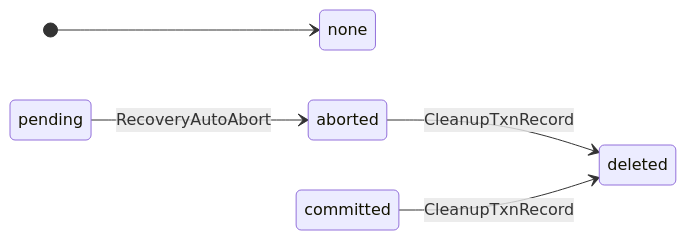
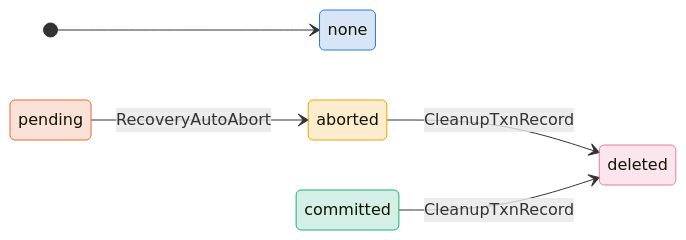
The second of 4 diagrams in zig/specs/tla/diagrams/storage/db/AntflyTransaction.md (antflydb/antfly), drawn with Mermaid before and after one commit. The commit also changed other lines of this file and 27 other files, not shown here.

````diff
--- a/zig/specs/tla/diagrams/storage/db/AntflyTransaction.md
+++ b/zig/specs/tla/diagrams/storage/db/AntflyTransaction.md
@@ -32,8 +46,18 @@
 ```mermaid
 stateDiagram-v2
     direction LR
     [*] --> none
     pending --> aborted : RecoveryAutoAbort
     aborted --> deleted : CleanupTxnRecord
     committed --> deleted : CleanupTxnRecord
+    classDef c_none fill:#2a78d630,stroke:#2a78d6
+    class none c_none
+    classDef c_pending fill:#eb683430,stroke:#eb6834
+    class pending c_pending
+    classDef c_committed fill:#1baf7a30,stroke:#1baf7a
+    class committed c_committed
+    classDef c_aborted fill:#eda10030,stroke:#eda100
+    class aborted c_aborted
+    classDef c_deleted fill:#e87ba430,stroke:#e87ba4
+    class deleted c_deleted
 ```
````
